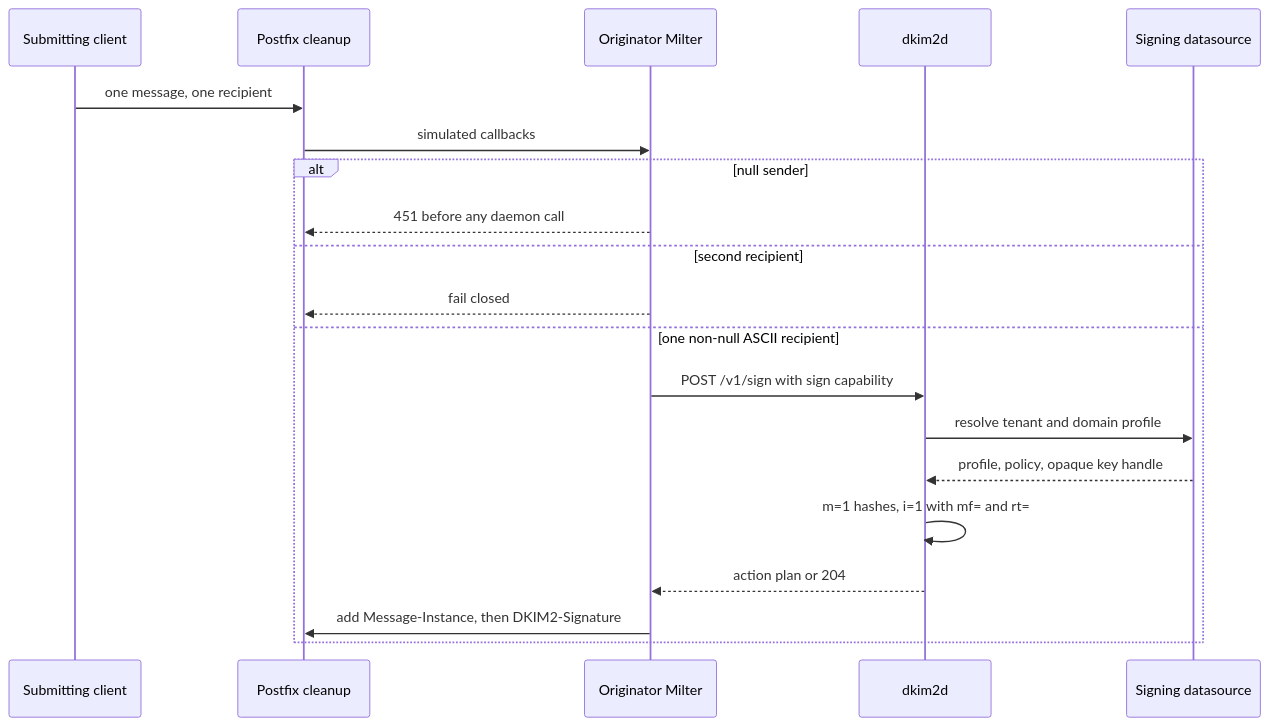
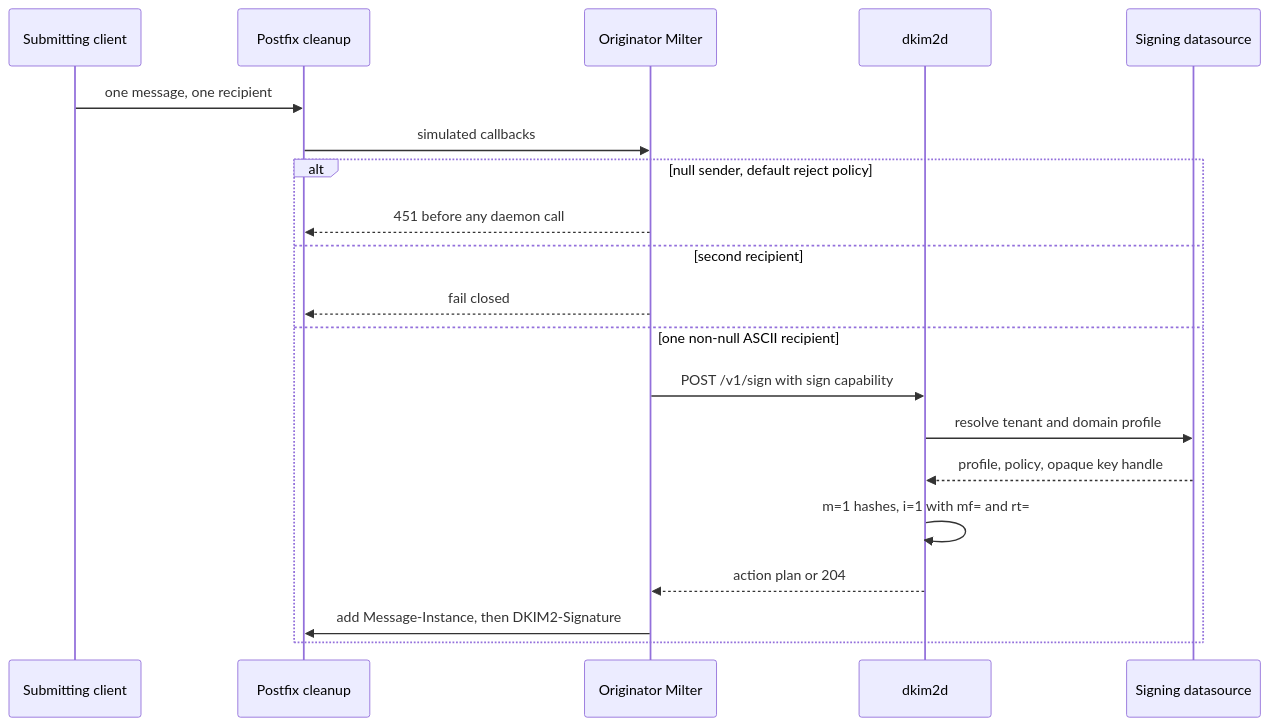
Before and after one commit to croessner/dkim2: the fourth of 10 diagrams in docs/operator/deployment-walkthrough.md, drawn with Mermaid. The commit also changed other lines of this file and 37 other files, not shown here.

````diff
--- a/docs/operator/deployment-walkthrough.md
+++ b/docs/operator/deployment-walkthrough.md
@@ -244,22 +244,22 @@
 ```mermaid
 sequenceDiagram
     participant Client as Submitting client
     participant Cleanup as Postfix cleanup
     participant Milter as Originator Milter
     participant Daemon as dkim2d
     participant Store as Signing datasource
     Client->>Cleanup: one message, one recipient
     Cleanup->>Milter: simulated callbacks
-    alt null sender
+    alt null sender, default reject policy
         Milter-->>Cleanup: 451 before any daemon call
     else second recipient
         Milter-->>Cleanup: fail closed
     else one non-null ASCII recipient
         Milter->>Daemon: POST /v1/sign with sign capability
         Daemon->>Store: resolve tenant and domain profile
         Store-->>Daemon: profile, policy, opaque key handle
         Daemon->>Daemon: m=1 hashes, i=1 with mf= and rt=
         Daemon-->>Milter: action plan or 204
         Milter->>Cleanup: add Message-Instance, then DKIM2-Signature
     end
 ```
````
